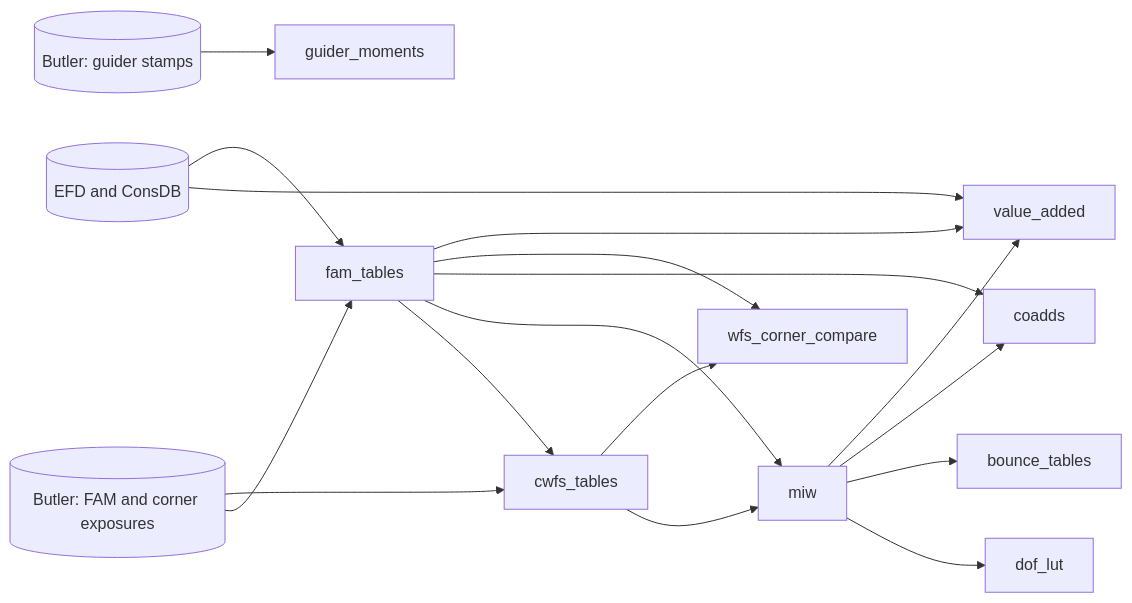
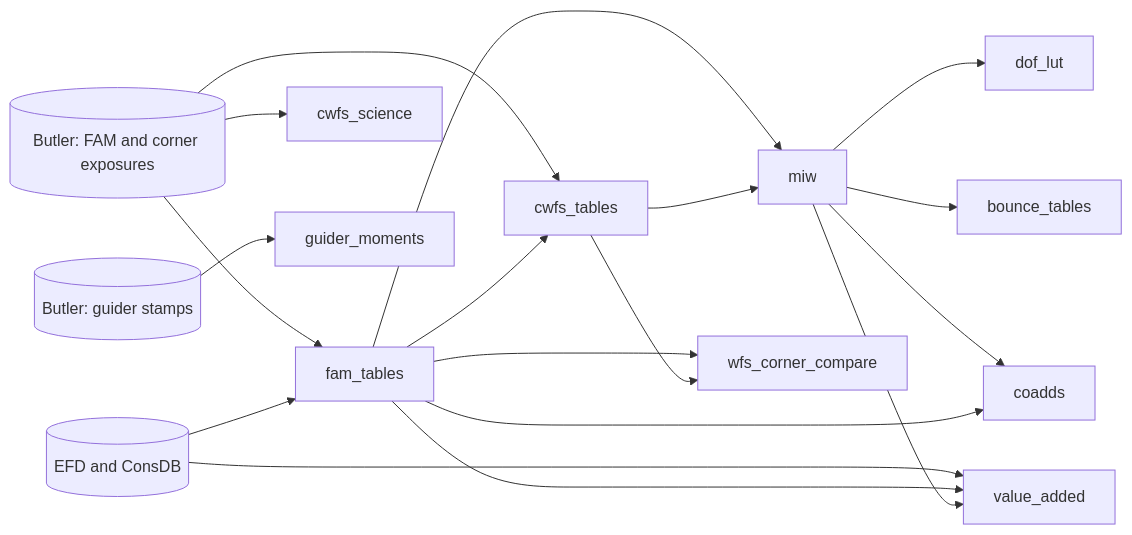
Before and after one commit to aaronroodman/rubin-work: the diagram in rubinwork/products/README.md, drawn with Mermaid. The commit also changed other lines of this file and 13 other files, not shown here.

First line of the commit message:
New product cwfs_science: per-CCD and per-raft CWFS science summaries

````diff
--- a/rubinwork/products/README.md
+++ b/rubinwork/products/README.md
@@ -25,19 +25,20 @@
 ```mermaid
 flowchart LR
     butler[(Butler: FAM and corner exposures)] --> fam_tables
     butler --> cwfs_tables
     fam_tables --> cwfs_tables
     fam_tables --> miw
     cwfs_tables --> miw
     miw --> dof_lut
     miw --> bounce_tables
     miw --> coadds
     fam_tables --> coadds
     fam_tables --> wfs_corner_compare
     cwfs_tables --> wfs_corner_compare
     efd[(EFD and ConsDB)] --> value_added
     fam_tables --> value_added
     miw --> value_added
     efd --> fam_tables
+    butler --> cwfs_science
     guider[(Butler: guider stamps)] --> guider_moments
 ```
````
